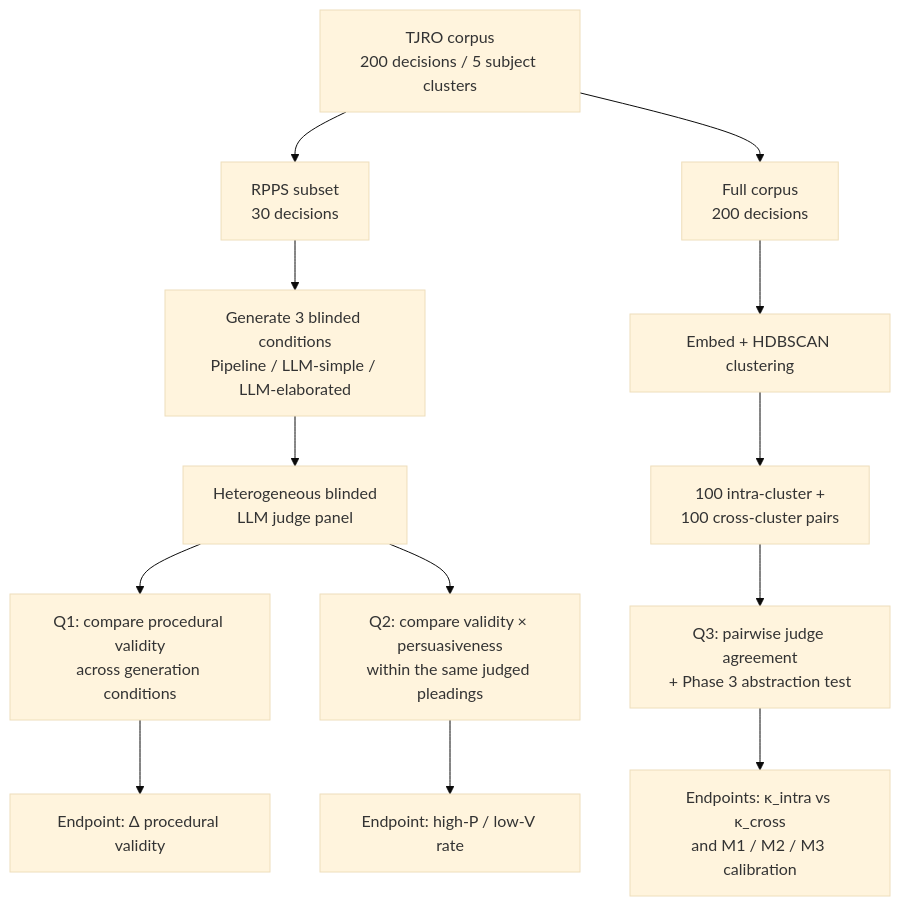
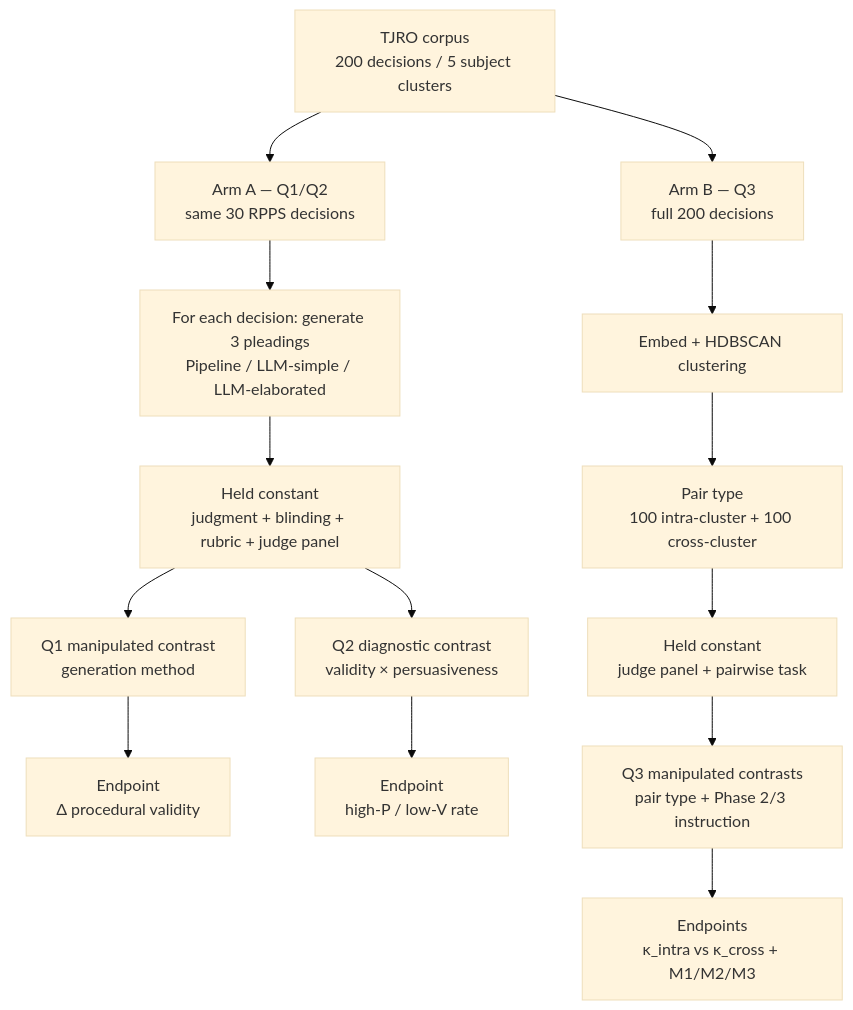
One commit to franklinbaldo/papers changed the diagram in empirical_evaluation.md. Above: the diagram before and after it, drawn with Mermaid (base theme). The commit also changed other lines of this file and 4 other files, not shown here.

Commit message:
docs: sharpen five scientific diagrams

````diff
--- a/empirical_evaluation.md
+++ b/empirical_evaluation.md
@@ -83,17 +83,18 @@
 ```mermaid
 flowchart TD
-    C[TJRO corpus<br/>200 decisions / 5 subject clusters] --> R[RPPS subset<br/>30 decisions]
-    C --> F[Full corpus<br/>200 decisions]
+    C[TJRO corpus<br/>200 decisions / 5 subject clusters] --> A[Arm A — Q1/Q2<br/>same 30 RPPS decisions]
+    C --> B[Arm B — Q3<br/>full 200 decisions]
 
-    R --> G[Generate 3 blinded conditions<br/>Pipeline / LLM-simple / LLM-elaborated]
-    G --> J[Heterogeneous blinded<br/>LLM judge panel]
-    J --> Q1[Q1: compare procedural validity<br/>across generation conditions]
-    J --> Q2[Q2: compare validity × persuasiveness<br/>within the same judged pleadings]
-    Q1 --> E1[Endpoint: Δ procedural validity]
-    Q2 --> E2[Endpoint: high-P / low-V rate]
+    A --> G[For each decision: generate 3 pleadings<br/>Pipeline / LLM-simple / LLM-elaborated]
+    G --> K[Held constant<br/>judgment + blinding + rubric + judge panel]
+    K --> Q1[Q1 manipulated contrast<br/>generation method]
+    K --> Q2[Q2 diagnostic contrast<br/>validity × persuasiveness]
+    Q1 --> E1[Endpoint<br/>Δ procedural validity]
+    Q2 --> E2[Endpoint<br/>high-P / low-V rate]
 
-    F --> CL[Embed + HDBSCAN clustering]
-    CL --> PA[100 intra-cluster +<br/>100 cross-cluster pairs]
-    PA --> Q3[Q3: pairwise judge agreement<br/>+ Phase 3 abstraction test]
-    Q3 --> E3[Endpoints: κ_intra vs κ_cross<br/>and M1 / M2 / M3 calibration]
+    B --> CL[Embed + HDBSCAN clustering]
+    CL --> PA[Pair type<br/>100 intra-cluster + 100 cross-cluster]
+    PA --> K3[Held constant<br/>judge panel + pairwise task]
+    K3 --> Q3[Q3 manipulated contrasts<br/>pair type + Phase 2/3 instruction]
+    Q3 --> E3[Endpoints<br/>κ_intra vs κ_cross + M1/M2/M3]
 ```
````
